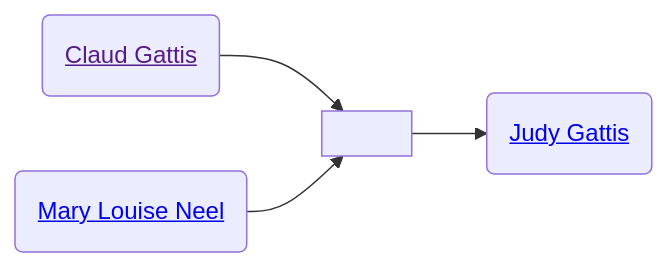
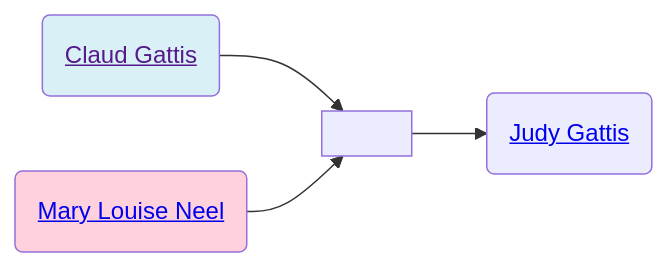
The second of 2 diagrams in familyhistory/sources/people/Gattis-line/Claud_Gattis.qmd (neelsmith/avocational), drawn with Mermaid before and after one commit. The commit also changed other lines of this file and 91 other files, not shown here.

Commit message:
Rebuild descendant diagrams

````diff
--- a/familyhistory/sources/people/Gattis-line/Claud_Gattis.qmd
+++ b/familyhistory/sources/people/Gattis-line/Claud_Gattis.qmd
@@ -62,11 +63,14 @@
 ```{mermaid}
 graph LR
+%% LR descendant diagram
 class Claud_Gattis_and_Mary_Louise_Neel marriage
 Claud_Gattis(<a href=''>Claud Gattis</>) --> Claud_Gattis_and_Mary_Louise_Neel[ ]
 Mary_Louise_Neel(<a href='./../Neel-line/Mary_Louise_Neel.html'>Mary Louise Neel</>) --> Claud_Gattis_and_Mary_Louise_Neel(( ))
+class Claud_Gattis father
+class Mary_Louise_Neel mother
 Claud_Gattis_and_Mary_Louise_Neel[ ] --> Judy_Gattis(<a href='./Judy_Gattis.html'>Judy Gattis</>)
 classDef mother fill:#ffd1dc
 classDef father fill:#daf0f7  
 classDef marriage fill:#ffffff
 
 ```
````
